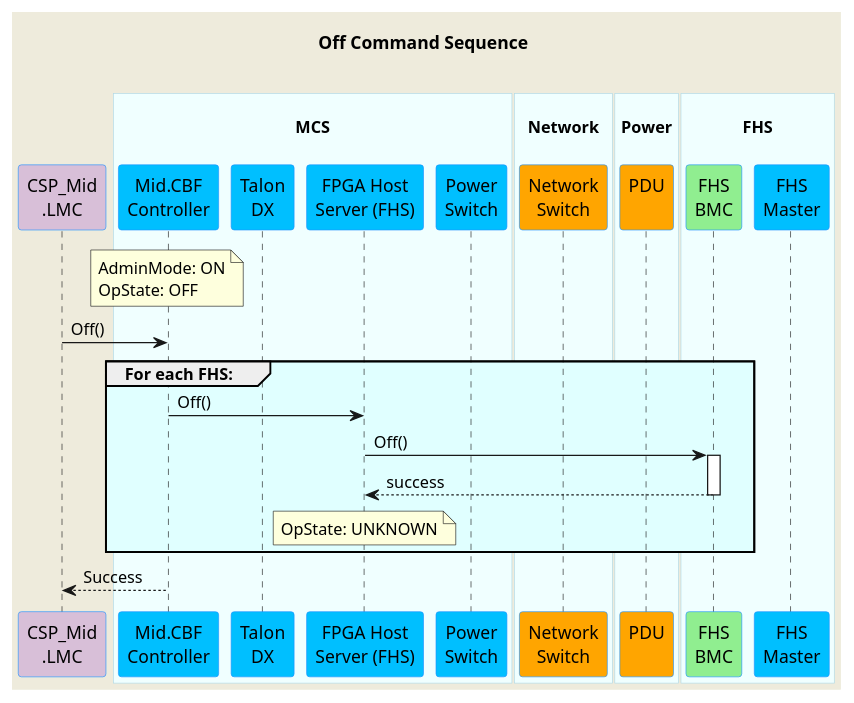
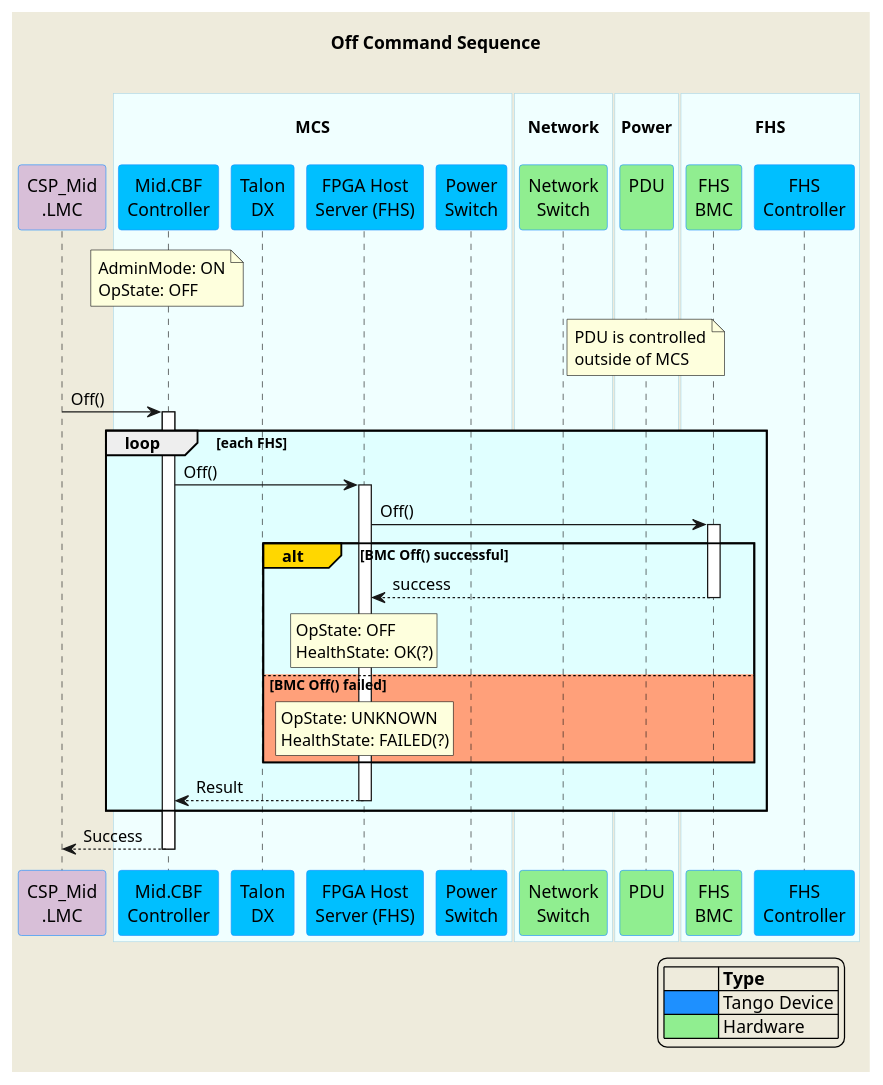
One commit to ska-telescope/mid-cbf-mcs changed the diagram in docs/src/design/diagrams/aas-off-command-sequence.puml. Above: the diagram before and after it, drawn with PlantUML. The commit also changed 2 other files, not shown here.

Commit message:
CIP-3517: update on and off sequences; update docs build instructions.

```diff
--- a/docs/src/design/diagrams/aas-off-command-sequence.puml
+++ b/docs/src/design/diagrams/aas-off-command-sequence.puml
@@ -1,53 +1,71 @@
 @startuml
 'https://plantuml.com/sequence-diagram
 skinparam backgroundColor #EEEBDC
 skinparam sequence {
 ParticipantBorderColor DodgerBlue
 ParticipantBackgroundColor DeepSkyBlue
 ActorBorderColor DarkGreen
 ActorBackgroundColor Green
 BoxBorderColor LightBlue
 BoxBackgroundColor #F0FFFF
 }
 skinparam collections {
   BackGroundColor LightBlue
   BorderColor DodgerBlue
 }
 skinparam database {
   BackgroundColor LightGreen
   BorderColor DarkGreen
 }
+
+legend right
+    |=            |= Type        |
+    |<#DodgerBlue>| Tango Device |
+    |<#LightGreen>| Hardware     |
+endlegend
+
 title Off Command Sequence\n
 participant "CSP_Mid\n.LMC" as lmc #Thistle
 box "\nMCS\n"
   participant "Mid.CBF\nController" as controller
   participant "Talon\nDX" as tdx
   participant "FPGA Host\nServer (FHS)" as fhs
   participant "Power\nSwitch" as ps
 end box
 box "\nNetwork\n"
-  participant "Network\nSwitch" as switch #Orange
+  participant "Network\nSwitch" as switch #LightGreen
 end box
 box "\nPower\n"
-  participant "PDU\n" as pdu #Orange
+  participant "PDU\n" as pdu #LightGreen
 end box
 box "\nFHS\n"
   participant "FHS\nBMC" as bmc #LightGreen
-  participant "FHS\nMaster" as hpsmaster
+  participant "FHS\nController" as hpsmaster
 end box
 
 note over controller            : AdminMode: ON\nOpState: OFF
-lmc -> controller               : Off()
+note over pdu                 : PDU is controlled\noutside of MCS
 
-group #LightCyan For each FHS:
-  controller    ->  fhs         : Off()
-  fhs           ->  bmc ++      : Off() 
-  bmc           --> fhs --      : success
-  
-  note over fhs                 : OpState: UNKNOWN
+lmc -> controller ++            : Off()
 
-end group
+loop #LightCyan each FHS
+  controller    ->  fhs++     : Off()
+  fhs           ->  bmc++     : Off() 
+  alt#Gold  #LightCyan BMC Off() successful
+      fhs   <-- bmc--         : success
+      rnote over fhs
+        OpState: OFF
+        HealthState: OK(?)
+      end rnote
+  else #LightSalmon BMC Off() failed
+      rnote over fhs
+        OpState: UNKNOWN
+        HealthState: FAILED(?)
+      end rnote
+  end
+  controller  <-- fhs--      : Result
+end loop
 
-lmc           <--  controller   : Success
+lmc  <--  controller--         : Success
 
 @enduml
```
